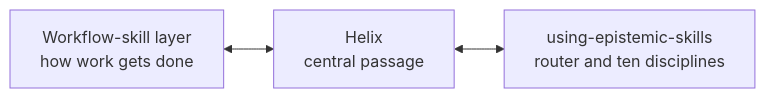
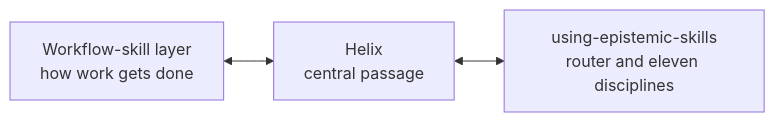
The first of 2 diagrams in README.md (ZMS-Labs/epistemic-skills), drawn with Mermaid before and after one commit. The commit also changed other lines of this file and 20 other files, not shown here.

````diff
--- a/README.md
+++ b/README.md
@@ -106,5 +106,5 @@
 ```mermaid
 flowchart LR
     W["Workflow-skill layer<br/>how work gets done"] <--> H["Helix<br/>central passage"]
-    H <--> E["using-epistemic-skills<br/>router and ten disciplines"]
+    H <--> E["using-epistemic-skills<br/>router and eleven disciplines"]
 ```
````
